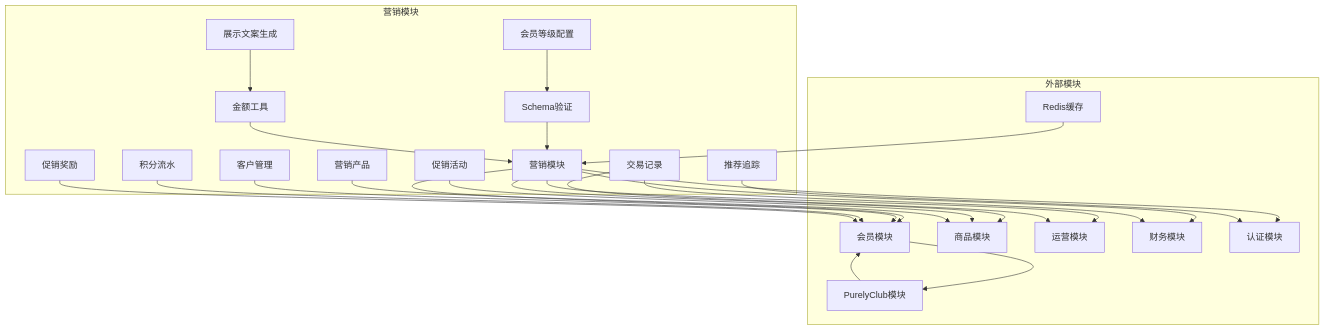
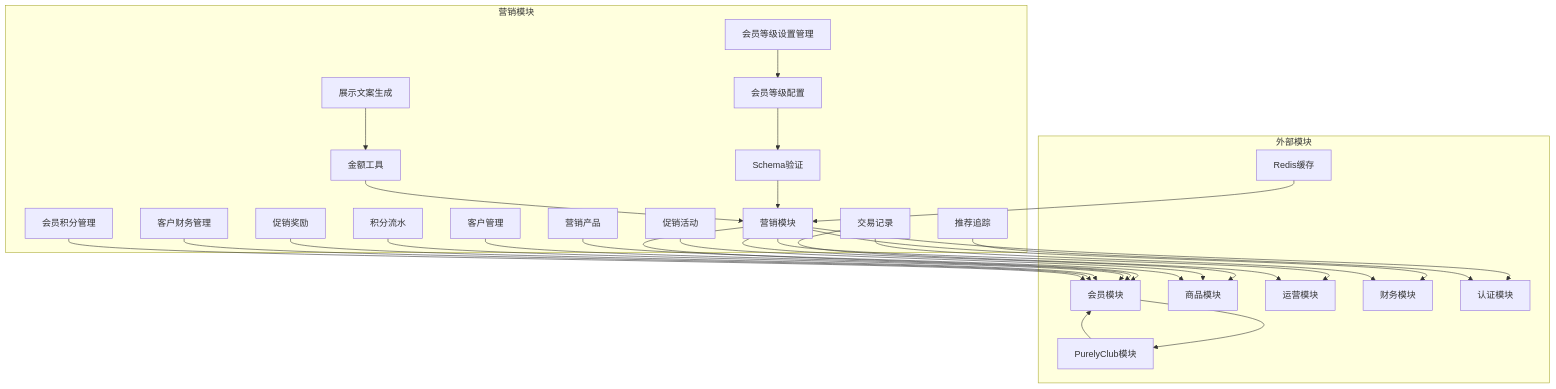
One commit to rc558620/purelyprofit-server changed diagram 21 of 22 in .qoder/repowiki/zh/content/业务模块/营销推广模块/营销推广模块.md. Above: the diagram before and after it, drawn with Mermaid. The commit also changed other lines of this file and 10 other files, not shown here.

````diff
--- a/.qoder/repowiki/zh/content/业务模块/营销推广模块/营销推广模块.md
+++ b/.qoder/repowiki/zh/content/业务模块/营销推广模块/营销推广模块.md
@@ -852,46 +1113,52 @@
 ```mermaid
 graph TB
 subgraph "营销模块"
 Marketing["营销模块"]
 Customers["客户管理"]
 Promotions["促销活动"]
 Products["营销产品"]
 Transactions["交易记录"]
 PointsRecords["积分流水"]
 Schemas["Schema验证"]
 MoneyUtils["金额工具"]
 PromoRewards["促销奖励"]
 ReferralTracking["推荐追踪"]
 MemberLevelConfig["会员等级配置"]
+MemberLevelSettings["会员等级设置管理"]
+CustomerFinance["客户财务管理"]
+CustomerPoints["会员积分管理"]
 DisplayText["展示文案生成"]
 end
 subgraph "外部模块"
 Member["会员模块"]
 Goods["商品模块"]
 Operations["运营模块"]
 Finance["财务模块"]
 Club["PurelyClub模块"]
 Redis["Redis缓存"]
 Auth["认证模块"]
 end
 Marketing --> Member
 Marketing --> Goods
 Marketing --> Operations
 Marketing --> Finance
 Marketing --> Auth
 Customers --> Member
 Promotions --> Goods
 Products --> Goods
 Transactions --> Operations
 Transactions --> Finance
 PointsRecords --> Member
 PromoRewards --> Member
 ReferralTracking --> Auth
 Member --> Club
 Club --> Member
 Redis --> Marketing
 Schemas --> Marketing
 MoneyUtils --> Marketing
 MemberLevelConfig --> Schemas
+MemberLevelSettings --> MemberLevelConfig
+CustomerFinance --> Member
+CustomerPoints --> Member
 DisplayText --> MoneyUtils
 ```
````
